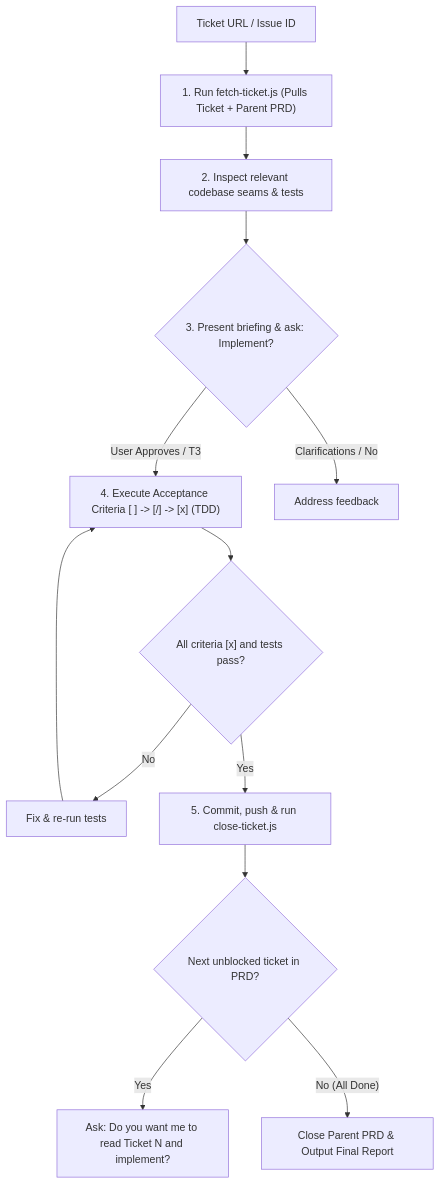
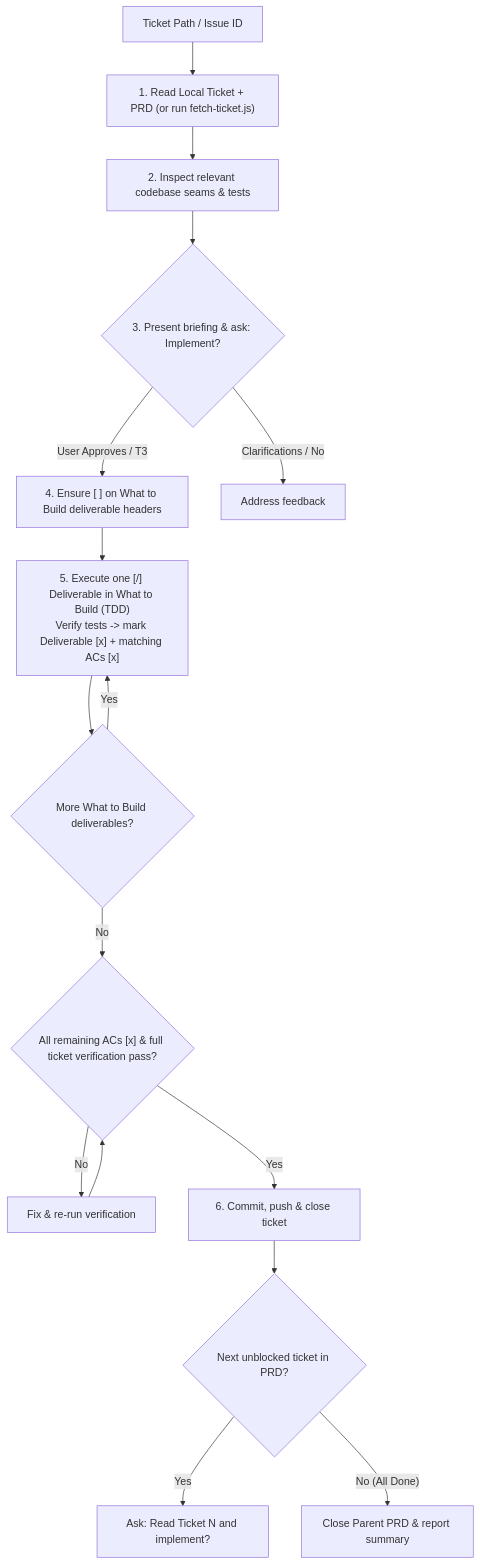
The diagram in engineering/implement-a-ticket/SKILL.md (loerei/myskills), drawn with Mermaid before and after one commit. The commit also changed other lines of this file and 11 other files, not shown here.

Commit message:
feat(skills): merge to-prd-and-tickets and add two-layer What to Build checkbox tracking

````diff
--- a/engineering/implement-a-ticket/SKILL.md
+++ b/engineering/implement-a-ticket/SKILL.md
@@ -18,14 +22,17 @@
 ```mermaid
 flowchart TD
-    Start["Ticket URL / Issue ID"] --> Fetch["1. Run fetch-ticket.js (Pulls Ticket + Parent PRD)"]
+    Start["Ticket Path / Issue ID"] --> Fetch["1. Read Local Ticket + PRD (or run fetch-ticket.js)"]
     Fetch --> Inspect["2. Inspect relevant codebase seams & tests"]
     Inspect --> Confirm{"3. Present briefing & ask: Implement?"}
-    Confirm -->|"User Approves / T3"| Loop["4. Execute Acceptance Criteria [ ] -> [/] -> [x] (TDD)"]
+    Confirm -->|"User Approves / T3"| Preflight["4. Ensure [ ] on What to Build deliverable headers"]
     Confirm -->|"Clarifications / No"| Stop["Address feedback"]
-    Loop --> Verify{"All criteria [x] and tests pass?"}
-    Verify -->|"No"| Fix["Fix & re-run tests"] --> Loop
-    Verify -->|"Yes"| CommitClose["5. Commit, push & run close-ticket.js"]
+    Preflight --> Loop["5. Execute one [/] Deliverable in What to Build (TDD)<br/>Verify tests -> mark Deliverable [x] + matching ACs [x]"]
+    Loop --> MoreDeliv{"More What to Build deliverables?"}
+    MoreDeliv -->|"Yes"| Loop
+    MoreDeliv -->|"No"| VerifyAll{"All remaining ACs [x] & full ticket verification pass?"}
+    VerifyAll -->|"No"| Fix["Fix & re-run verification"] --> VerifyAll
+    VerifyAll -->|"Yes"| CommitClose["6. Commit, push & close ticket"]
     CommitClose --> NextCheck{"Next unblocked ticket in PRD?"}
-    NextCheck -->|"Yes"| AskNext["Ask: Do you want me to read Ticket N and implement?"]
-    NextCheck -->|"No (All Done)"| ClosePRD["Close Parent PRD & Output Final Report"]
+    NextCheck -->|"Yes"| AskNext["Ask: Read Ticket N and implement?"]
+    NextCheck -->|"No (All Done)"| ClosePRD["Close Parent PRD & report summary"]
 ```
````
